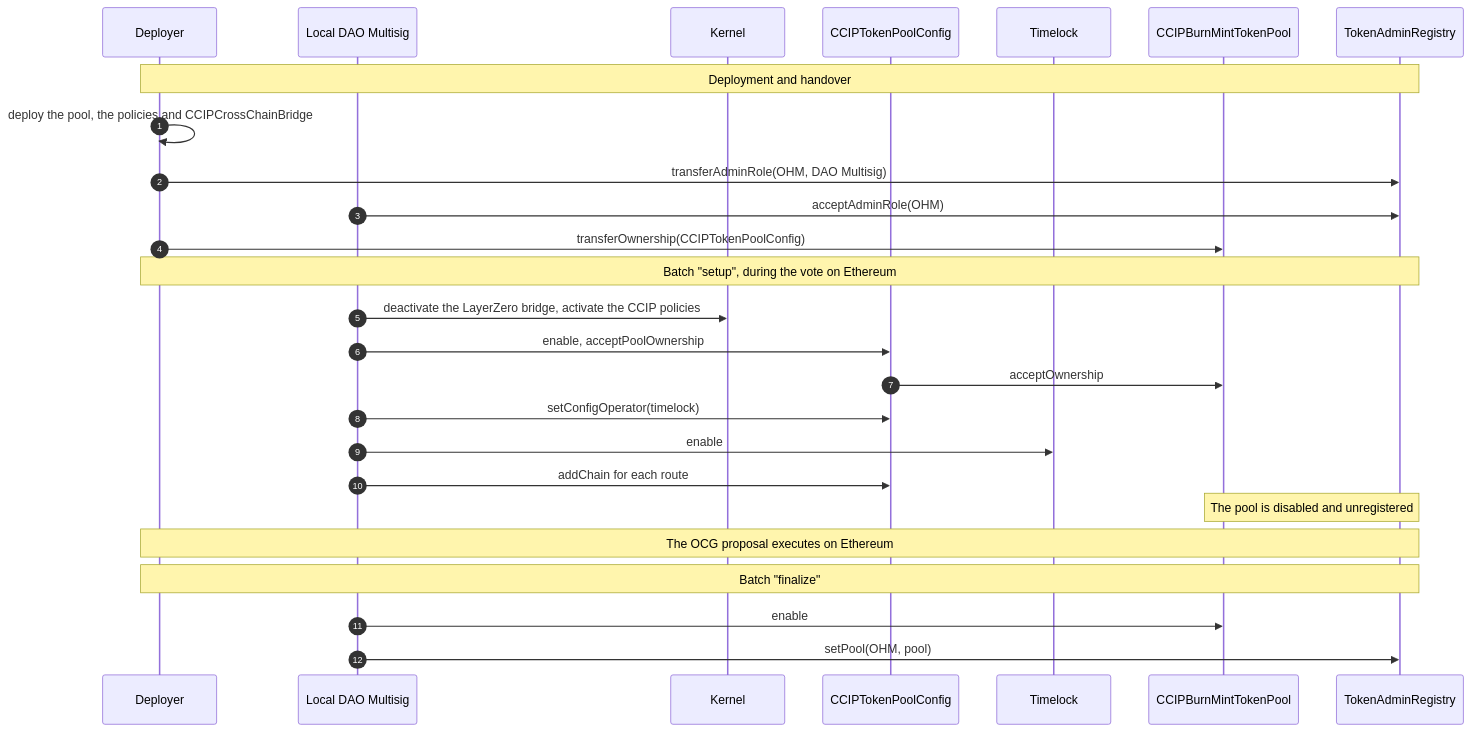
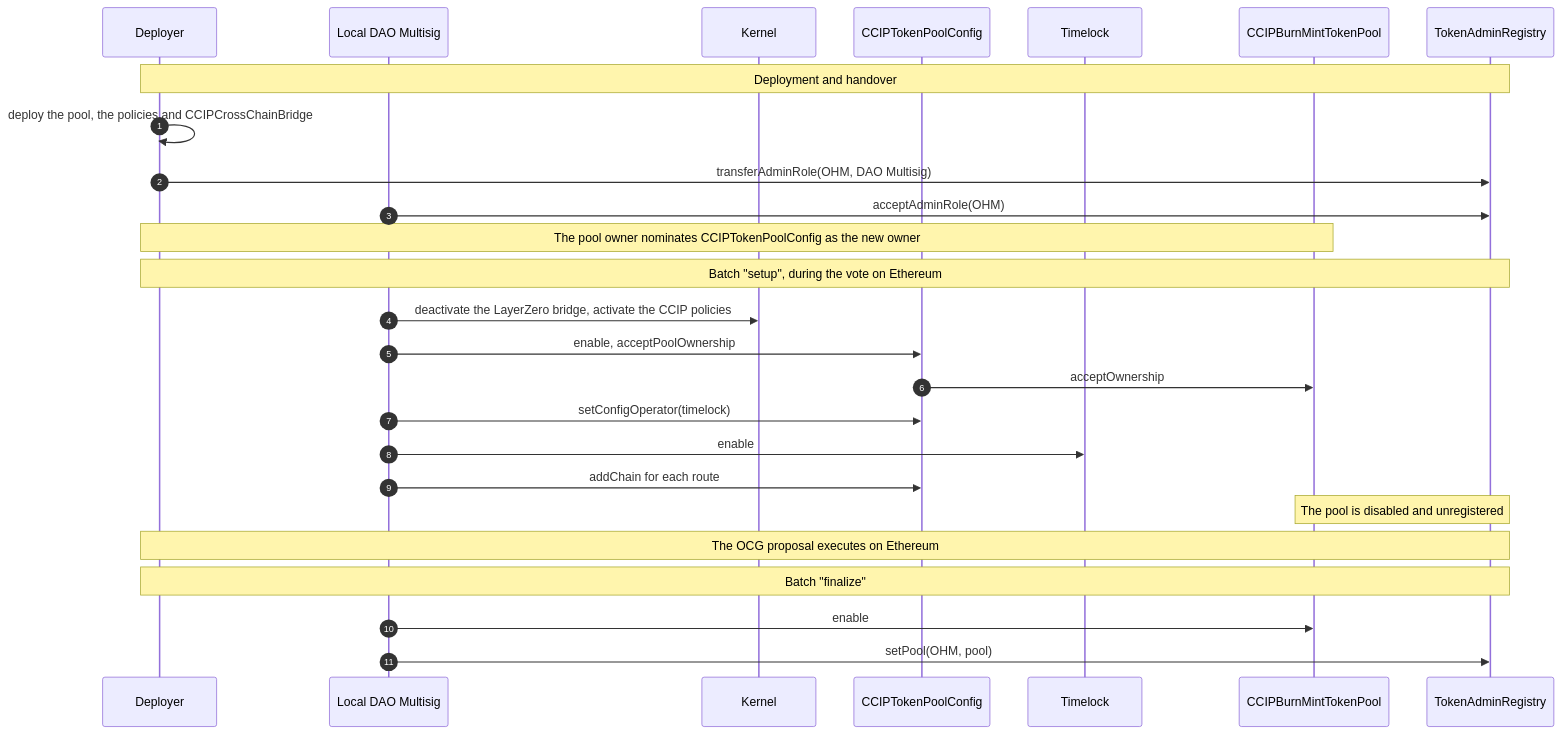
The eighth of 8 diagrams in docs/overview/07_cross-chain/01_ccip-technical-details.md (OlympusDAO/olympus-docs), drawn with Mermaid before and after one commit. The commit also changed other lines of this file and 4 other files, not shown here.

````diff
--- a/docs/overview/07_cross-chain/01_ccip-technical-details.md
+++ b/docs/overview/07_cross-chain/01_ccip-technical-details.md
@@ -448,32 +445,32 @@
 ```mermaid
 sequenceDiagram
     autonumber
     participant DEP as Deployer
     participant DAO as Local DAO Multisig
     participant K as Kernel
     participant C as CCIPTokenPoolConfig
     participant T as Timelock
     participant P as CCIPBurnMintTokenPool
     participant REG as TokenAdminRegistry
 
     Note over DEP,REG: Deployment and handover
     DEP->>DEP: deploy the pool, the policies and CCIPCrossChainBridge
     DEP->>REG: transferAdminRole(OHM, DAO Multisig)
     DAO->>REG: acceptAdminRole(OHM)
-    DEP->>P: transferOwnership(CCIPTokenPoolConfig)
+    Note over DEP,P: The pool owner nominates CCIPTokenPoolConfig as the new owner
 
     Note over DEP,REG: Batch "setup", during the vote on Ethereum
     DAO->>K: deactivate the LayerZero bridge, activate the CCIP policies
     DAO->>C: enable, acceptPoolOwnership
     C->>P: acceptOwnership
     DAO->>C: setConfigOperator(timelock)
     DAO->>T: enable
     DAO->>C: addChain for each route
     Note over P,REG: The pool is disabled and unregistered
 
     Note over DEP,REG: The OCG proposal executes on Ethereum
 
     Note over DEP,REG: Batch "finalize"
     DAO->>P: enable
     DAO->>REG: setPool(OHM, pool)
 ```
````
